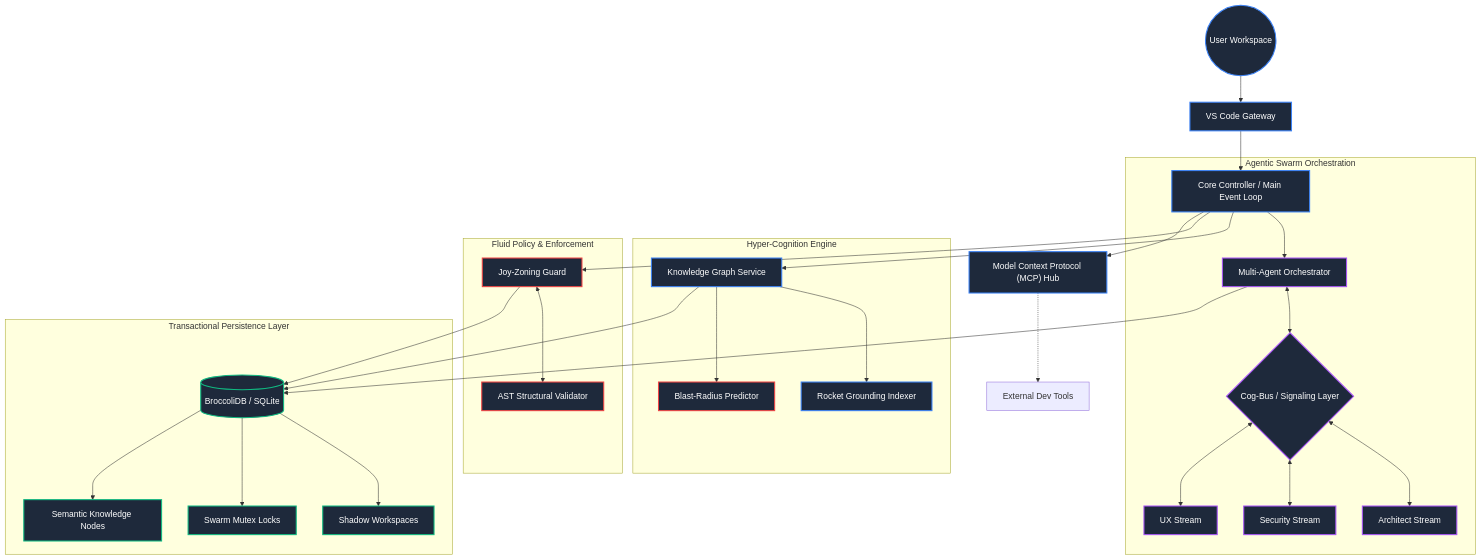
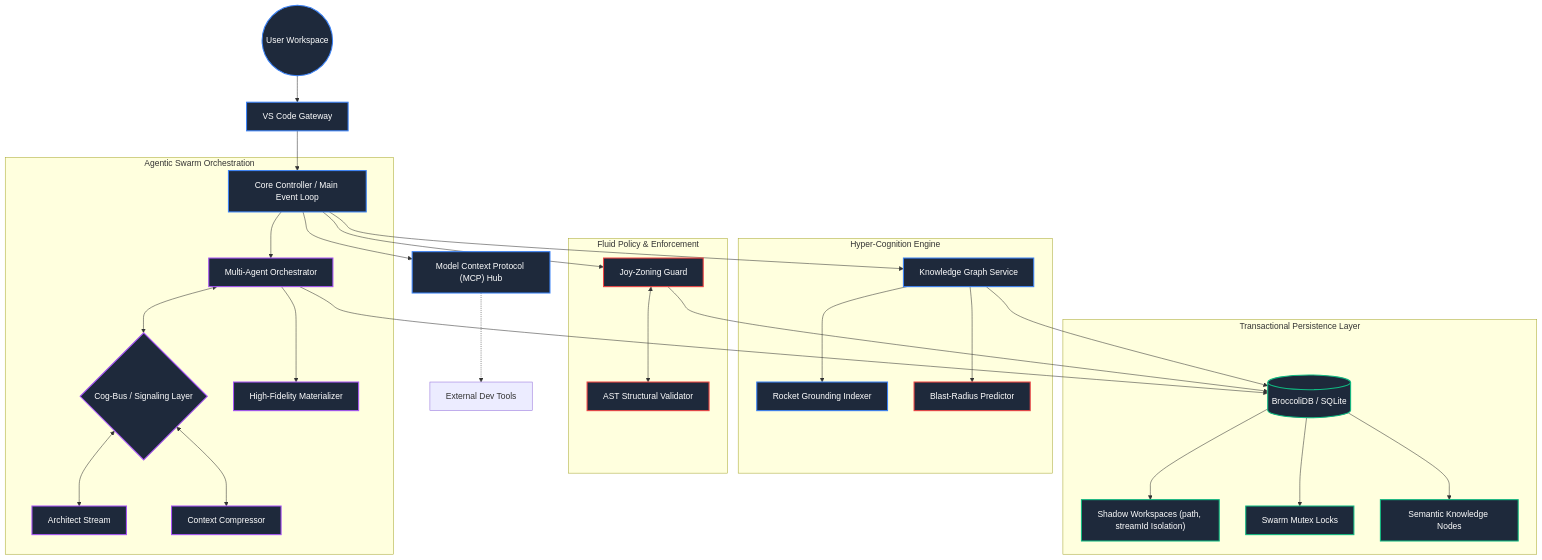
One commit to CardSorting/codemarie changed the first of 4 diagrams in README.md. Above: the diagram before and after it, drawn with Mermaid. The commit also changed other lines of this file and 3 other files, not shown here.

````diff
--- a/README.md
+++ b/README.md
@@ -85,41 +87,41 @@
 ```mermaid
 graph TD
     classDef primary fill:#1e293b,stroke:#3b82f6,stroke-width:2px,color:#fff;
     classDef secondary fill:#1e293b,stroke:#a855f7,stroke-width:2px,color:#fff;
     classDef database fill:#1e293b,stroke:#10b981,stroke-width:2px,color:#fff;
     classDef warning fill:#1e293b,stroke:#ef4444,stroke-width:2px,color:#fff;
 
     User((User Workspace)):::primary --> Extension[VS Code Gateway]:::primary
     Extension --> Controller[Core Controller / Main Event Loop]:::primary
     
     subgraph "Agentic Swarm Orchestration"
         Controller --> MAS[Multi-Agent Orchestrator]:::secondary
         MAS <--> SignalBus{Cog-Bus / Signaling Layer}:::secondary
         SignalBus <--> SubA[Architect Stream]:::secondary
-        SignalBus <--> SubB[Security Stream]:::secondary
-        SignalBus <--> SubC[UX Stream]:::secondary
+        SignalBus <--> Compressor[Context Compressor]:::secondary
+        MAS --> Materializer[High-Fidelity Materializer]:::secondary
     end
     
     subgraph "Hyper-Cognition Engine"
         Controller --> KGS[Knowledge Graph Service]:::primary
         KGS --> Rocket[Rocket Grounding Indexer]:::primary
         KGS --> Predict[Blast-Radius Predictor]:::warning
     end
 
     subgraph "Fluid Policy & Enforcement"
         Controller --> JZ[Joy-Zoning Guard]:::warning
         JZ <--> Validator[AST Structural Validator]:::warning
     end
     
     subgraph "Transactional Persistence Layer"
         MAS --> DB[(BroccoliDB / SQLite)]:::database
         KGS --> DB
         JZ --> DB
-        DB --> Shadows[Shadow Workspaces]:::database
+        DB --> Shadows["Shadow Workspaces (path, streamId Isolation)"]:::database
         DB --> Mutex[Swarm Mutex Locks]:::database
         DB --> Nodes[Semantic Knowledge Nodes]:::database
     end
     
     Controller --> MCPHub["Model Context Protocol (MCP) Hub"]:::primary
     MCPHub -.-> ExtTools[External Dev Tools]
 ```
````
